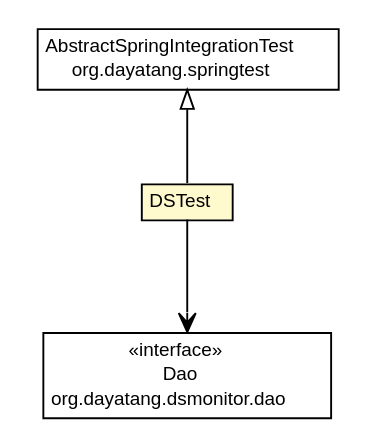
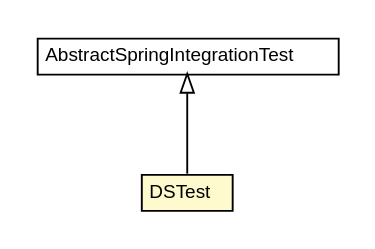
The diagram in dddlib-datasource-monitor/testapidocs/org/dayatang/dsmonitor/DSTest.dot (dayatang/dddlib), drawn with Graphviz before and after one commit. The commit also changed 154 other files, not shown here.

```diff
--- a/dddlib-datasource-monitor/testapidocs/org/dayatang/dsmonitor/DSTest.dot
+++ b/dddlib-datasource-monitor/testapidocs/org/dayatang/dsmonitor/DSTest.dot
@@ -1,37 +1,26 @@
 #!/usr/local/bin/dot
 #
 # Class diagram 
 # Generated by UMLGraph version R5_6_6-8-g8d7759 (http://www.umlgraph.org/)
 #
 
 digraph G {
 	edge [fontname="Helvetica",fontsize=10,labelfontname="Helvetica",labelfontsize=10];
 	node [fontname="Helvetica",fontsize=10,shape=plaintext];
 	nodesep=0.25;
 	ranksep=0.5;
-	// org.dayatang.dsmonitor.dao.Dao
-	c38 [label=<<table title="org.dayatang.dsmonitor.dao.Dao" border="0" cellborder="1" cellspacing="0" cellpadding="2" port="p" href="./dao/Dao.html">
-		<tr><td><table border="0" cellspacing="0" cellpadding="1">
-<tr><td align="center" balign="center"> &#171;interface&#187; </td></tr>
-<tr><td align="center" balign="center"> Dao </td></tr>
-<tr><td align="center" balign="center"> org.dayatang.dsmonitor.dao </td></tr>
-		</table></td></tr>
-		</table>>, URL="./dao/Dao.html", fontname="Helvetica", fontcolor="black", fontsize=10.0];
 	// org.dayatang.dsmonitor.DSTest
-	c41 [label=<<table title="org.dayatang.dsmonitor.DSTest" border="0" cellborder="1" cellspacing="0" cellpadding="2" port="p" bgcolor="lemonChiffon" href="./DSTest.html">
+	c31 [label=<<table title="org.dayatang.dsmonitor.DSTest" border="0" cellborder="1" cellspacing="0" cellpadding="2" port="p" bgcolor="lemonChiffon" href="./DSTest.html">
 		<tr><td><table border="0" cellspacing="0" cellpadding="1">
 <tr><td align="center" balign="center"> DSTest </td></tr>
 		</table></td></tr>
 		</table>>, URL="./DSTest.html", fontname="Helvetica", fontcolor="black", fontsize=10.0];
 	//org.dayatang.dsmonitor.DSTest extends org.dayatang.springtest.AbstractSpringIntegrationTest
-	c43:p -> c41:p [dir=back,arrowtail=empty];
-	// org.dayatang.dsmonitor.DSTest NAVASSOC org.dayatang.dsmonitor.dao.Dao
-	c41:p -> c38:p [taillabel="", label=" "headlabel="", fontname="Helvetica", fontcolor="black", fontsize=10.0, color="black", arrowhead=open];
+	c32:p -> c31:p [dir=back,arrowtail=empty];
 	// org.dayatang.springtest.AbstractSpringIntegrationTest
-	c43 [label=<<table title="org.dayatang.springtest.AbstractSpringIntegrationTest" border="0" cellborder="1" cellspacing="0" cellpadding="2" port="p" href="http://java.sun.com/j2se/1.4.2/docs/api/org/dayatang/springtest/AbstractSpringIntegrationTest.html">
+	c32 [label=<<table title="org.dayatang.springtest.AbstractSpringIntegrationTest" border="0" cellborder="1" cellspacing="0" cellpadding="2" port="p">
 		<tr><td><table border="0" cellspacing="0" cellpadding="1">
 <tr><td align="center" balign="center"> AbstractSpringIntegrationTest </td></tr>
-<tr><td align="center" balign="center"> org.dayatang.springtest </td></tr>
 		</table></td></tr>
-		</table>>, URL="http://java.sun.com/j2se/1.4.2/docs/api/org/dayatang/springtest/AbstractSpringIntegrationTest.html", fontname="Helvetica", fontcolor="black", fontsize=10.0];
+		</table>>, URL="null", fontname="Helvetica", fontcolor="black", fontsize=10.0];
 }
```
